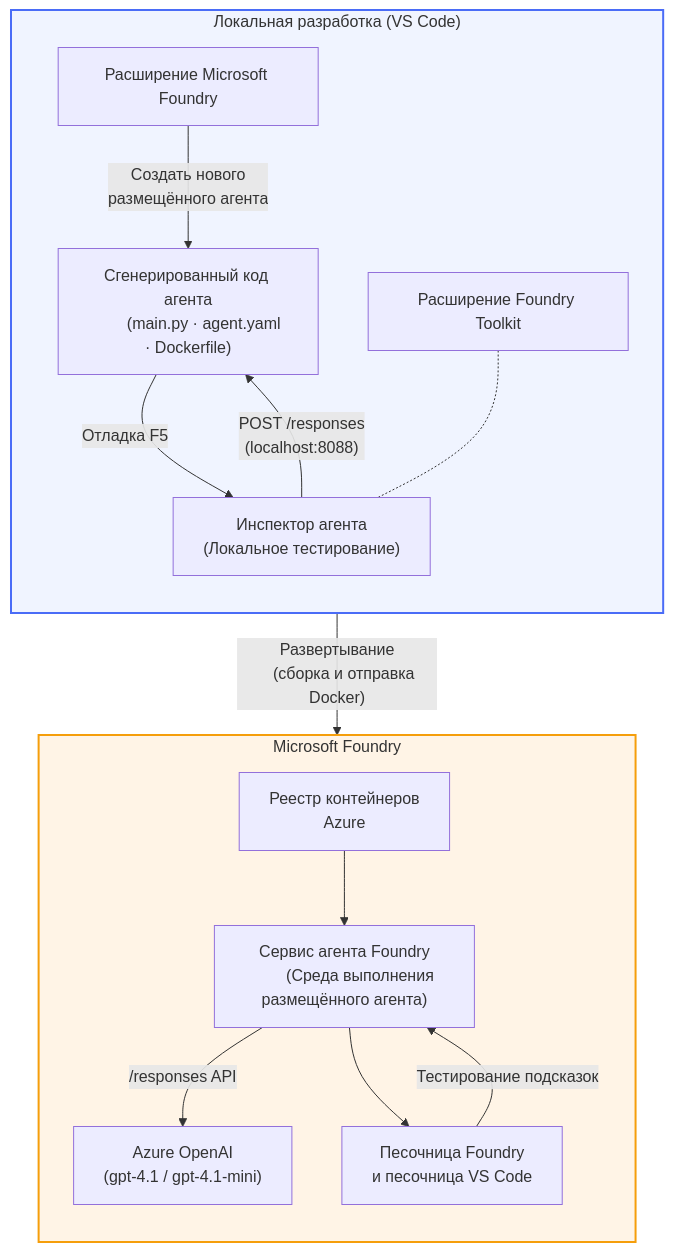
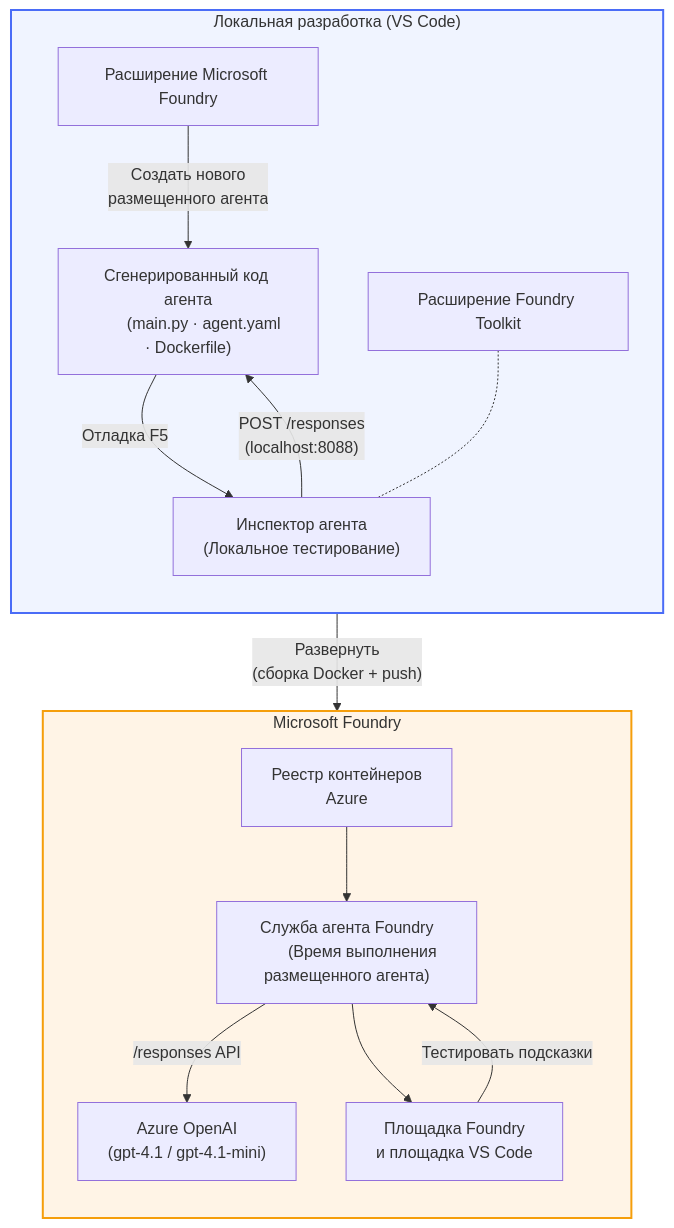
One commit to microsoft-foundry/Foundry_Toolkit_for_VSCode_Lab changed the diagram in translations/ru/README.md. Above: the diagram before and after it, drawn with Mermaid. The commit also changed other lines of this file and 110 other files, not shown here.

````diff
--- a/translations/ru/README.md
+++ b/translations/ru/README.md
@@ -48,40 +52,40 @@
 ```mermaid
 flowchart TB
     subgraph Local["Локальная разработка (VS Code)"]
         direction TB
         FE["Расширение Microsoft Foundry"]
         FoundryToolkit["Расширение Foundry Toolkit"]
         Scaffold["Сгенерированный код агента
         (main.py · agent.yaml · Dockerfile)"]
         Inspector["Инспектор агента
         (Локальное тестирование)"]
         FE -- "Создать нового
-        размещённого агента" --> Scaffold
+        размещенного агента" --> Scaffold
         Scaffold -- "Отладка F5" --> Inspector
         FoundryToolkit -.- Inspector
     end
 
     subgraph Cloud["Microsoft Foundry"]
         direction TB
         ACR["Реестр контейнеров
         Azure"]
-        AgentService["Сервис агента Foundry
-        (Среда выполнения размещённого агента)"]
+        AgentService["Служба агента Foundry
+        (Время выполнения размещенного агента)"]
         Model["Azure OpenAI
         (gpt-4.1 / gpt-4.1-mini)"]
-        Playground["Песочница Foundry
-        и песочница VS Code"]
+        Playground["Площадка Foundry
+        и площадка VS Code"]
         ACR --> AgentService
         AgentService -- "/responses API" --> Model
         AgentService --> Playground
     end
 
-    Scaffold -- "Развертывание
-    (сборка и отправка Docker)" --> ACR
+    Scaffold -- "Развернуть
+    (сборка Docker + push)" --> ACR
     Inspector -- "POST /responses
     (localhost:8088)" --> Scaffold
-    Playground -- "Тестирование подсказок" --> AgentService
+    Playground -- "Тестировать подсказки" --> AgentService
 
     style Local fill:#f0f4ff,stroke:#4a6cf7,stroke-width:2px
     style Cloud fill:#fff4e6,stroke:#f59e0b,stroke-width:2px
 ```
````
